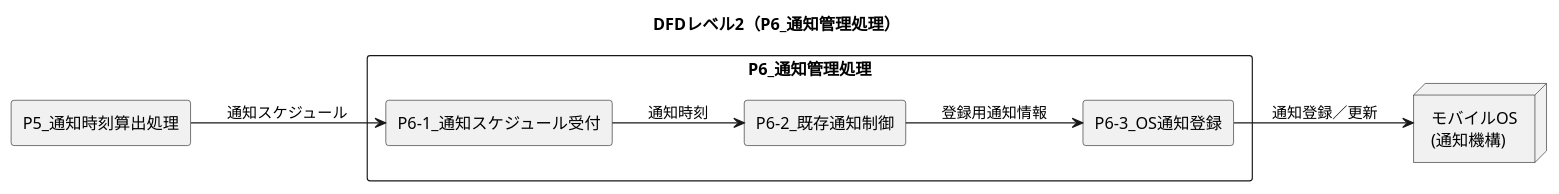
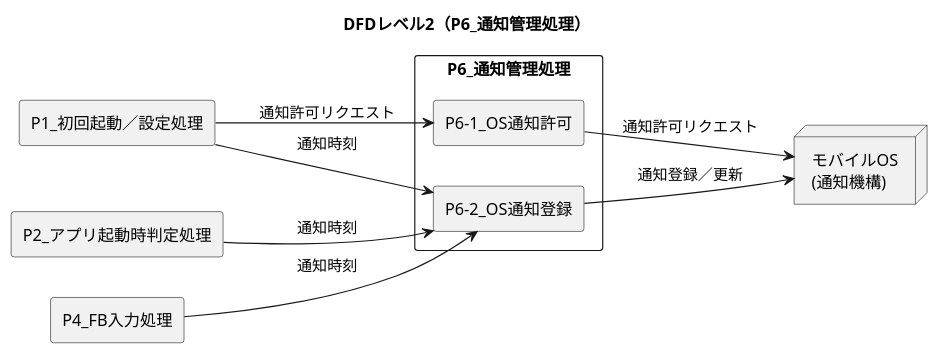
The diagram in assets/specifications/詳細設計/DFD/DFD2_P6.pu (akamatrixxx/justtime), drawn with PlantUML before and after one commit. The commit also changed 8 other files, not shown here.

```diff
--- a/assets/specifications/詳細設計/DFD/DFD2_P6.pu
+++ b/assets/specifications/詳細設計/DFD/DFD2_P6.pu
@@ -1,27 +1,29 @@
 @startuml
 title DFDレベル2（P6_通知管理処理）
 
 left to right direction
 
 node "モバイルOS\n(通知機構)" as OS
 
 rectangle P6 as "P6_通知管理処理" {
 
-  rectangle P6_1 as "P6-1_通知スケジュール受付"
-  rectangle P6_2 as "P6-2_既存通知制御"
-  rectangle P6_3 as "P6-3_OS通知登録"
+  rectangle P6_1 as "P6-1_OS通知許可"
+  rectangle P6_2 as "P6-2_OS通知登録"
 
 }
+rectangle P1 as "P1_初回起動／設定処理"
+rectangle P2 as "P2_アプリ起動時判定処理"
+rectangle P4 as "P4_FB入力処理"
 
 ' ===== 入力 =====
-rectangle P5 as "P5_通知時刻算出処理"
-P5 --> P6_1 : 通知スケジュール
+P1 --> P6_2 : 通知時刻
+P1 --> P6_1 : 通知許可リクエスト
+P2 --> P6_2 : 通知時刻
+P4 --> P6_2 : 通知時刻
 
-' ===== プロセス間 =====
-P6_1 --> P6_2 : 通知時刻
-P6_2 --> P6_3 : 登録用通知情報
 
 ' ===== OS連携 =====
-P6_3 --> OS : 通知登録／更新
+P6_1 --> OS : 通知許可リクエスト
+P6_2 --> OS : 通知登録／更新
 
 @enduml
```
